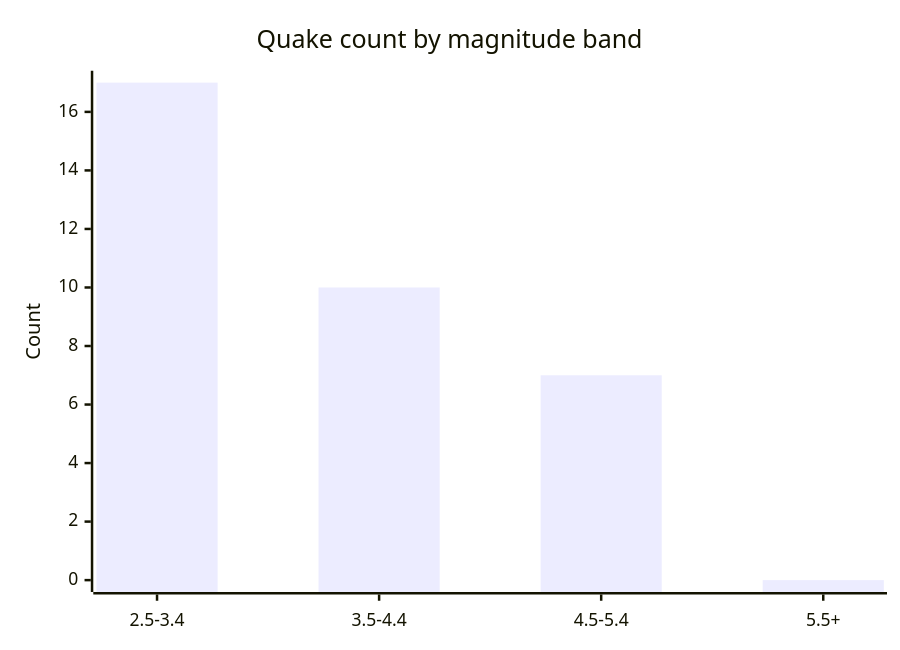
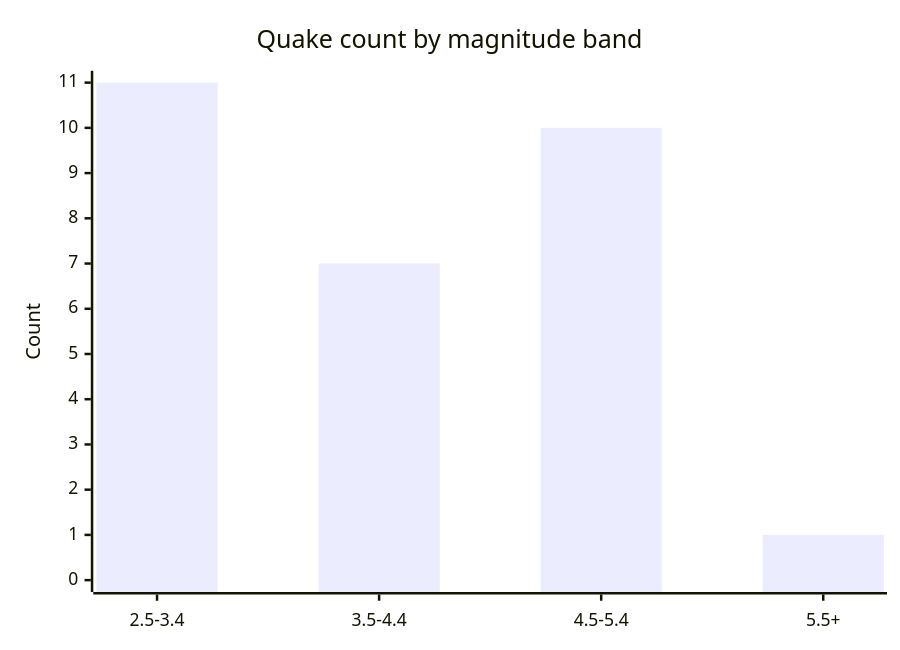
One commit to Midwest-Stratospheric/aerostratospheric-defense-gir changed the fifth of 6 diagrams in docs/GRAPHS.md. Above: the diagram before and after it, drawn with Mermaid. The commit also changed other lines of this file and 26 other files, not shown here.

````diff
--- a/docs/GRAPHS.md
+++ b/docs/GRAPHS.md
@@ -82,7 +82,7 @@
 ```mermaid
 xychart-beta
   title "Quake count by magnitude band"
   x-axis ["2.5-3.4", "3.5-4.4", "4.5-5.4", "5.5+"]
-  y-axis "Count" 0 --> 17
-  bar [17, 10, 7, 0]
+  y-axis "Count" 0 --> 11
+  bar [11, 7, 10, 1]
 ```
````
